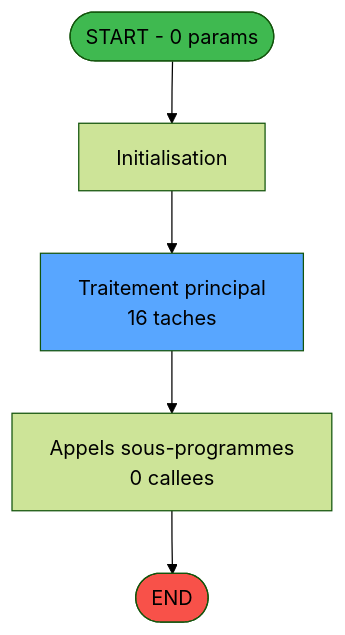
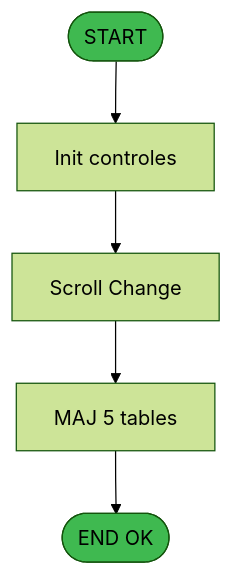
Before and after one commit to thonyAGP/magic-migration: the second of 4 diagrams in .openspec/specs/ADH-IDE-294.md, drawn with Mermaid (forest theme). The commit also changed other lines of this file and 253 other files, not shown here.

````diff
--- a/.openspec/specs/ADH-IDE-294.md
+++ b/.openspec/specs/ADH-IDE-294.md
@@ -91,14 +1523,14 @@
 ```mermaid
 flowchart TD
-    START([START - 0 params])
-    INIT["Initialisation"]
-    PROCESS["Traitement principal<br/>16 taches"]
-    CALLS["Appels sous-programmes<br/>0 callees"]
-    ENDOK([END])
+    START([START])
+    INIT[Init controles]
+    SAISIE[Scroll Change]
+    UPDATE[MAJ 5 tables]
+    ENDOK([END OK])
 
-    START --> INIT --> PROCESS --> CALLS --> ENDOK
+    START --> INIT --> SAISIE
+    SAISIE --> UPDATE --> ENDOK
 
-    style START fill:#3fb950
-    style ENDOK fill:#f85149
-    style PROCESS fill:#58a6ff
+    style START fill:#3fb950,color:#000
+    style ENDOK fill:#3fb950,color:#000
 ```
````
